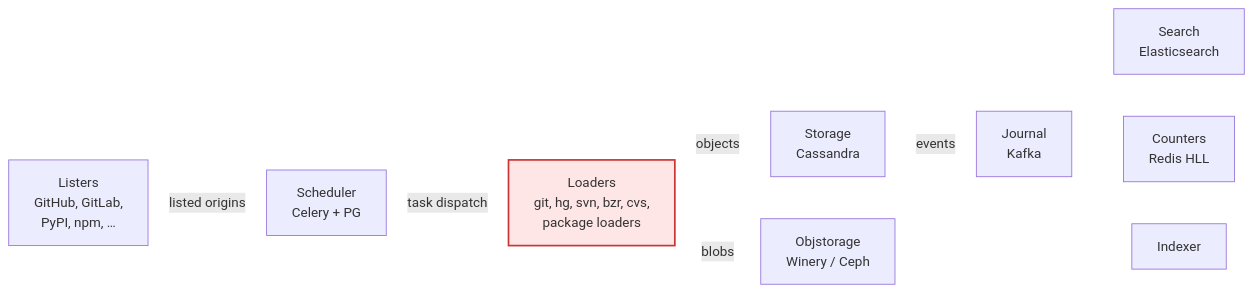
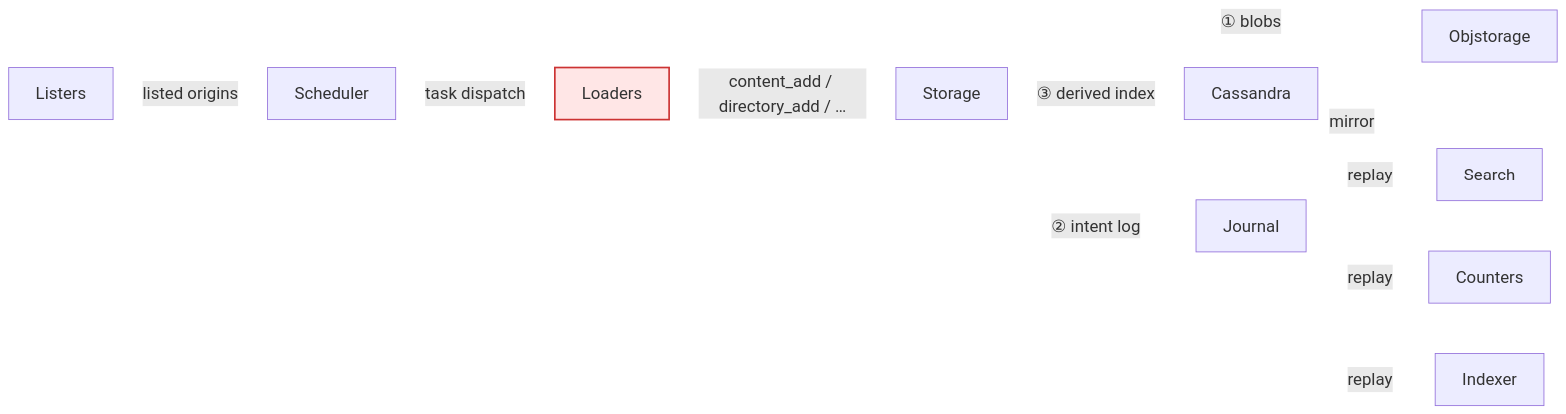
One commit to SoftwareHeritage/swh-environment changed the first of 2 diagrams in notes/presentations/INGESTION_REHAUL.md. Above: the diagram before and after it, drawn with Mermaid. The commit also changed other lines of this file, not shown here.

````diff
--- a/notes/presentations/INGESTION_REHAUL.md
+++ b/notes/presentations/INGESTION_REHAUL.md
@@ -73,14 +83,17 @@
 ```mermaid
+%%{init: {"themeVariables": {"fontSize": "20px"}, "flowchart": {"nodeSpacing": 60, "rankSpacing": 70, "padding": 16, "htmlLabels": true}}}%%
 flowchart LR
-  L[Listers<br/>GitHub, GitLab,<br/>PyPI, npm, …] -->|listed origins| S[Scheduler<br/>Celery + PG]
-  S -->|task dispatch| LD[Loaders<br/>git, hg, svn, bzr, cvs,<br/>package loaders]
-  LD -->|objects| ST[Storage<br/>Cassandra]
-  LD -->|blobs| OS[Objstorage<br/>Winery / Ceph]
-  ST -.->|events| J[Journal<br/>Kafka]
-  J -.-> SR[Search<br/>Elasticsearch]
-  J -.-> CN[Counters<br/>Redis HLL]
-  J -.-> IX[Indexer]
+  L[Listers] -->|listed origins| S[Scheduler]
+  S -->|task dispatch| LD[Loaders]
+  LD -->|content_add / directory_add / …| ST[Storage]
+  ST -->|① blobs| OS[Objstorage]
+  ST -->|② intent log| J[Journal]
+  ST -->|③ derived index| C[Cassandra]
+  J -.->|replay| SR[Search]
+  J -.->|replay| CN[Counters]
+  J -.->|replay| IX[Indexer]
+  J -.->|mirror| OS
   classDef hot fill:#ffe6e6,stroke:#cc3333,stroke-width:2px
   class LD hot
   linkStyle default stroke:#ffffff,stroke-width:2.5px
 ```
````
